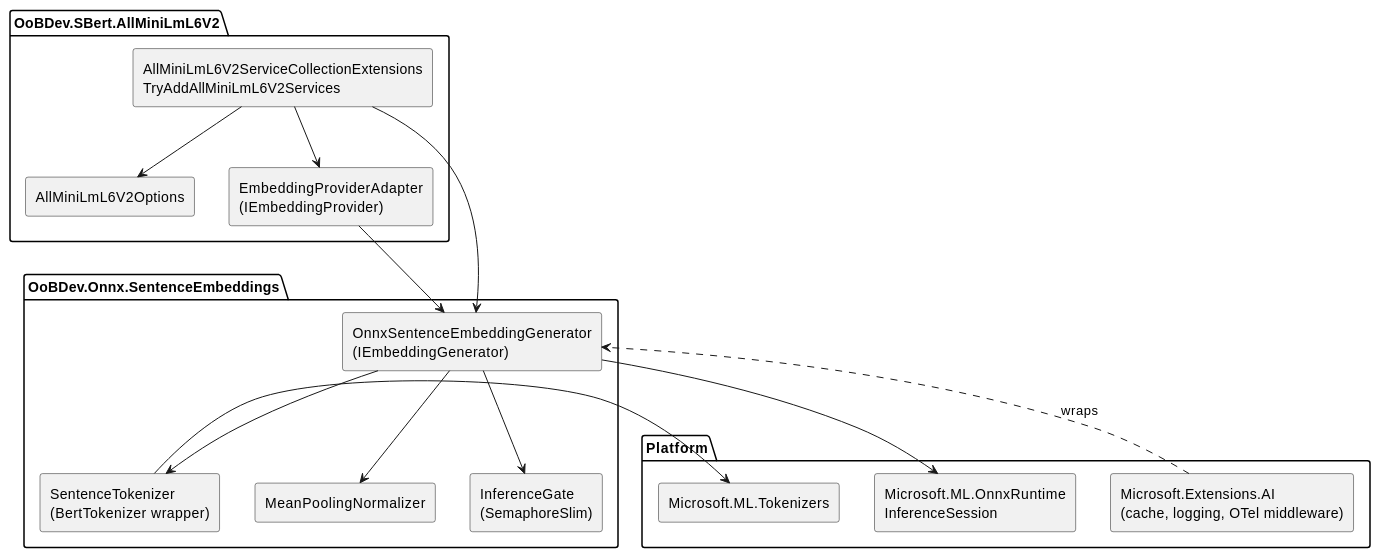
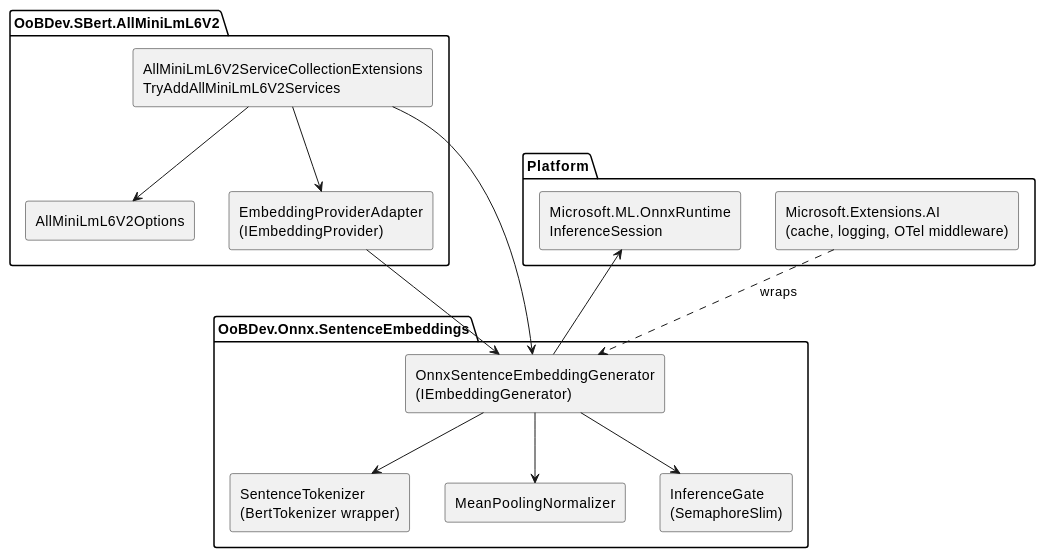
Before and after one commit to OutOfBandDevelopment/dotex: the first of 2 diagrams in docs/design/AllMiniLmL6V2/architecture.md, drawn with PlantUML. The commit also changed other lines of this file and 29 other files, not shown here.

````diff
--- a/docs/design/AllMiniLmL6V2/architecture.md
+++ b/docs/design/AllMiniLmL6V2/architecture.md
@@ -39,36 +39,34 @@
 ```plantuml
 @startuml
 skinparam componentStyle rectangle
 skinparam shadowing false
 
 package "OoBDev.SBert.AllMiniLmL6V2" {
   [AllMiniLmL6V2ServiceCollectionExtensions\nTryAddAllMiniLmL6V2Services] as DI
   [AllMiniLmL6V2Options] as Opt
   [EmbeddingProviderAdapter\n(IEmbeddingProvider)] as Adapter
 }
 
 package "OoBDev.Onnx.SentenceEmbeddings" {
   [OnnxSentenceEmbeddingGenerator\n(IEmbeddingGenerator)] as Gen
   [SentenceTokenizer\n(BertTokenizer wrapper)] as Tok
   [MeanPoolingNormalizer] as Pool
   [InferenceGate\n(SemaphoreSlim)] as Gate
 }
 
 package "Platform" {
-  [Microsoft.ML.Tokenizers] as MLTok
   [Microsoft.ML.OnnxRuntime\nInferenceSession] as Ort
   [Microsoft.Extensions.AI\n(cache, logging, OTel middleware)] as MEAI
 }
 
 DI --> Gen
 DI --> Adapter
 DI --> Opt
 Adapter --> Gen
 Gen --> Tok
 Gen --> Gate
 Gen --> Ort
 Gen --> Pool
-Tok --> MLTok
 MEAI ..> Gen : wraps
 @enduml
 ```
````
